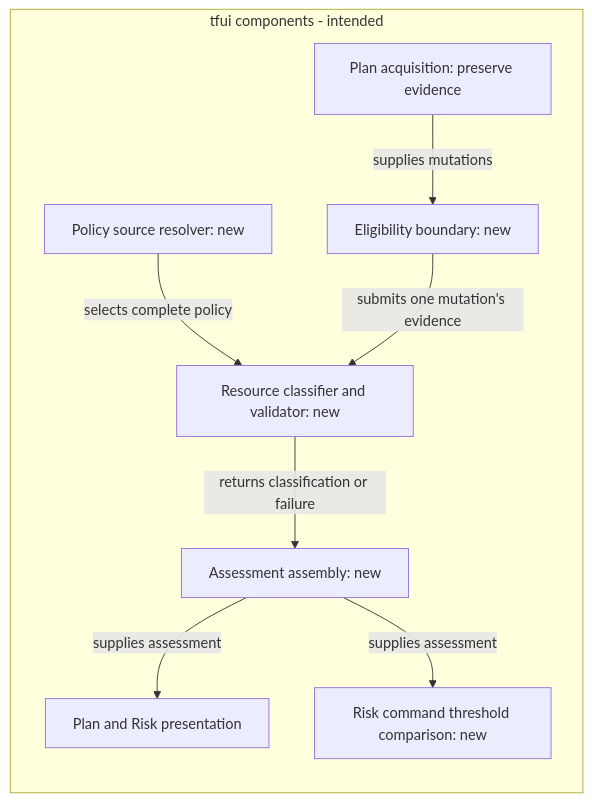
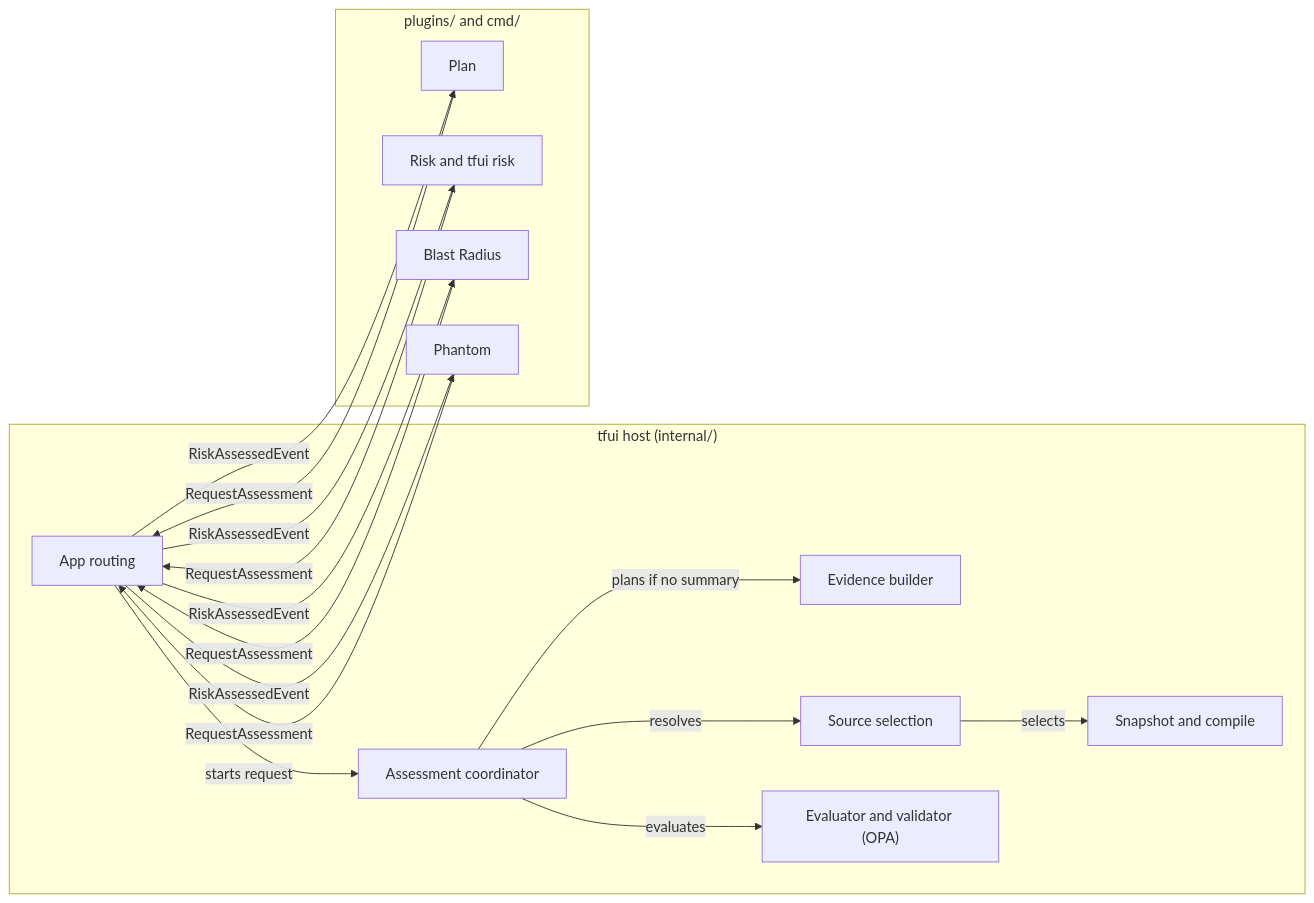
One commit to lmarqs/terraform-ui changed the first of 3 diagrams in docs/development/risk-policy-design.md. Above: the diagram before and after it, drawn with Mermaid. The commit also changed other lines of this file and 6 other files, not shown here.

First line of the commit message:
docs: rewrite the risk policy design as the architecture that shipped

````diff
--- a/docs/development/risk-policy-design.md
+++ b/docs/development/risk-policy-design.md
@@ -122,11 +116,24 @@
 ```mermaid
 flowchart LR
-  subgraph app["tfui components - intended"]
-    A["Plan acquisition: preserve evidence"] -->|supplies mutations| E["Eligibility boundary: new"]
-    S["Policy source resolver: new"] -->|selects complete policy| C["Resource classifier and validator: new"]
-    E -->|submits one mutation's evidence| C
-    C -->|returns classification or failure| G["Assessment assembly: new"]
-    G -->|supplies assessment| P["Plan and Risk presentation"]
-    G -->|supplies assessment| T["Risk command threshold comparison: new"]
+  subgraph host["tfui host (internal/)"]
+    EV["Evidence builder"]
+    SEL["Source selection"]
+    SNAP["Snapshot and compile"]
+    VAL["Evaluator and validator (OPA)"]
+    CO["Assessment coordinator"]
+    APP["App routing"]
   end
+  subgraph plugins["plugins/ and cmd/"]
+    PL["Plan"]
+    RK["Risk and tfui risk"]
+    BR["Blast Radius"]
+    PH["Phantom"]
+  end
+  PL & RK & BR & PH -->|RequestAssessment| APP
+  APP -->|starts request| CO
+  CO -->|resolves| SEL
+  SEL -->|selects| SNAP
+  CO -->|plans if no summary| EV
+  CO -->|evaluates| VAL
+  APP -->|RiskAssessedEvent| PL & RK & BR & PH
 ```
````
